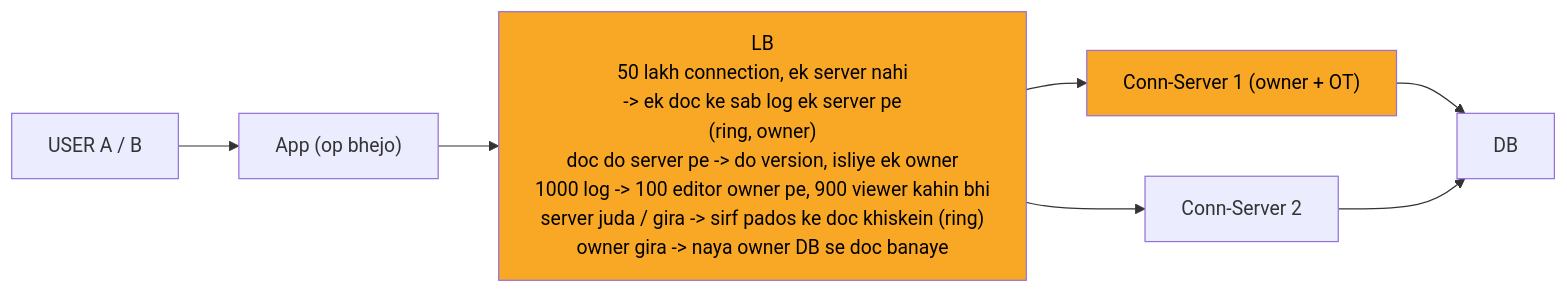
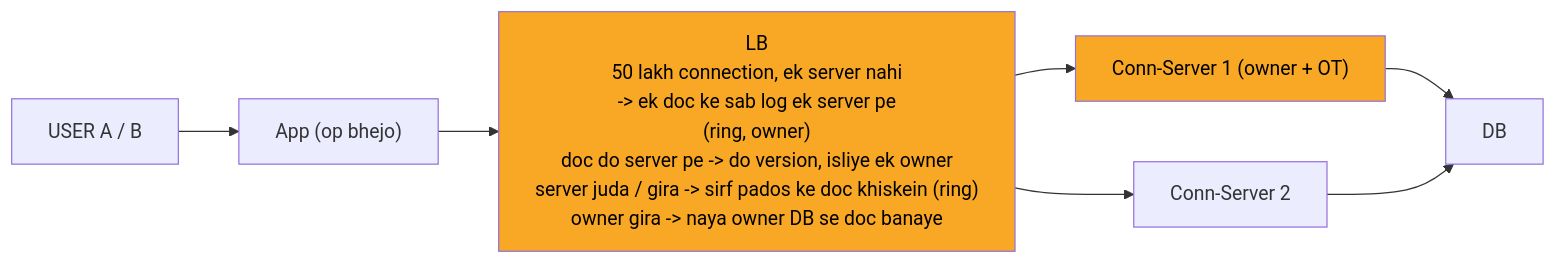
The fifth of 10 diagrams in 04_HLD/SYSTEM_DESIGNS/11_google_docs_collab/11_google_docs_collab.md (ArpanMaheshwari144/Prep), drawn with Mermaid before and after one commit. The commit also changed other lines of this file and 13 other files, not shown here.

````diff
--- a/04_HLD/SYSTEM_DESIGNS/11_google_docs_collab/11_google_docs_collab.md
+++ b/04_HLD/SYSTEM_DESIGNS/11_google_docs_collab/11_google_docs_collab.md
@@ -176,18 +176,18 @@
 ```mermaid
 %%{init: {"flowchart": {"wrappingWidth": 450}}}%%
 flowchart LR
     n_USER["USER A / B"]
     n_App["App (op bhejo)"]
-    n_LB["LB<br/>50 lakh connection, ek server nahi<br/>-> ek doc ke sab log ek server pe<br/>(ring, owner)<br/>doc do server pe -> do version, isliye ek owner<br/>1000 log -> 100 editor owner pe, 900 viewer kahin bhi<br/>server juda / gira -> sirf pados ke doc khiskein (ring)<br/>owner gira -> naya owner DB se doc banaye"]
+    n_LB["LB<br/>50 lakh connection, ek server nahi<br/>-> ek doc ke sab log ek server pe<br/>(ring, owner)<br/>doc do server pe -> do version, isliye ek owner<br/>server juda / gira -> sirf pados ke doc khiskein (ring)<br/>owner gira -> naya owner DB se doc banaye"]
     n_CS1["Conn-Server 1 (owner + OT)"]
     n_CS2["Conn-Server 2"]
     n_DB["DB"]
     n_USER --> n_App
     n_App --> n_LB
     n_LB --> n_CS1
     n_LB --> n_CS2
     n_CS1 --> n_DB
     n_CS2 --> n_DB
     style n_LB fill:#f9a825,color:#000
     style n_CS1 fill:#f9a825,color:#000
 ```
````
